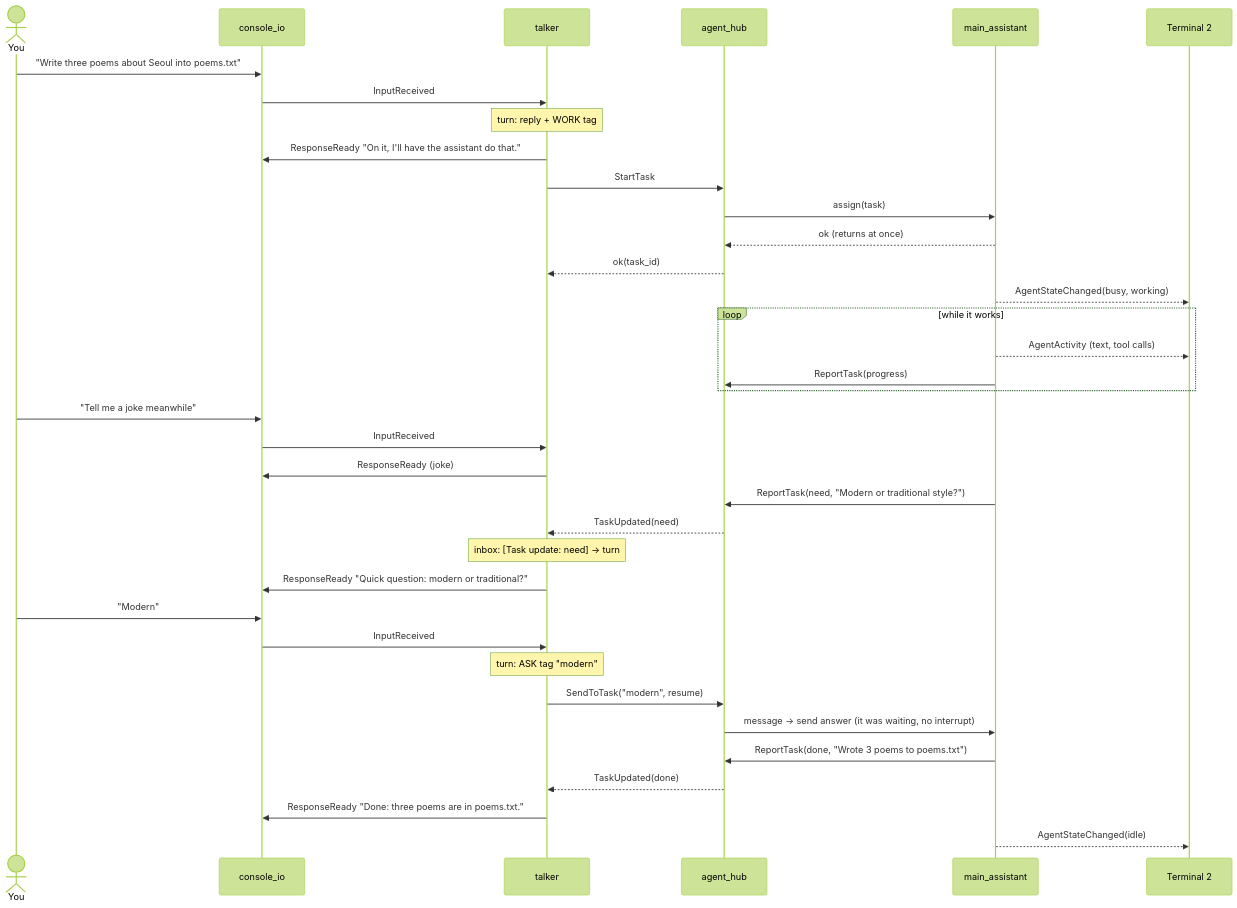
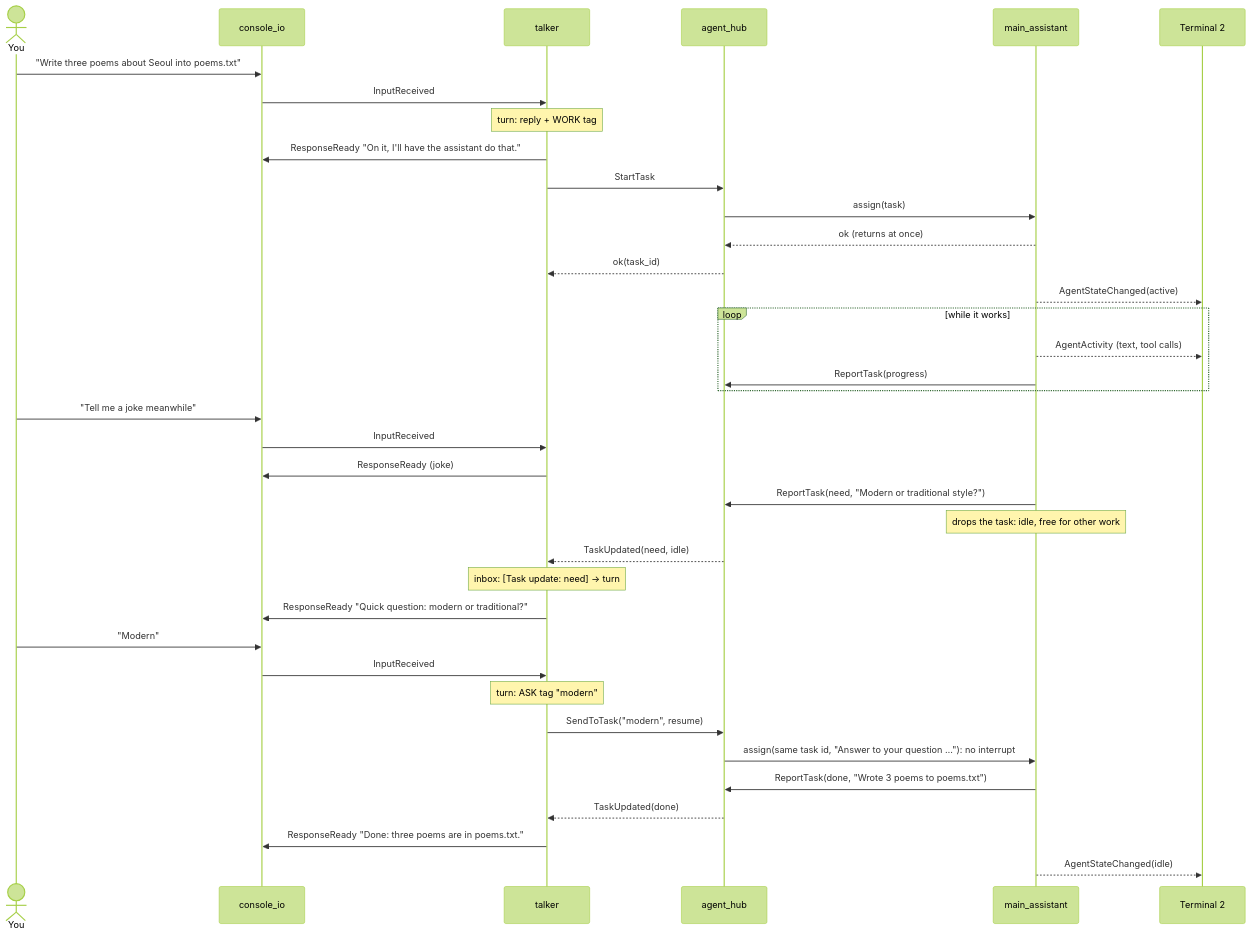
Before and after one commit to sharramon/AI_Assistant: diagram 11 of 11 in docs/agents/runtime.md, drawn with Mermaid (forest theme). The commit also changed other lines of this file and 45 other files, not shown here.

````diff
--- a/docs/agents/runtime.md
+++ b/docs/agents/runtime.md
@@ -478,39 +483,40 @@
 ```mermaid
 sequenceDiagram
     actor You
     participant C as console_io
     participant T as talker
     participant H as agent_hub
     participant M as main_assistant
     participant V as Terminal 2
 
     You->>C: "Write three poems about Seoul into poems.txt"
     C->>T: InputReceived
     Note over T: turn: reply + WORK tag
     T->>C: ResponseReady "On it, I'll have the assistant do that."
     T->>H: StartTask
     H->>M: assign(task)
     M-->>H: ok (returns at once)
     H-->>T: ok(task_id)
-    M-->>V: AgentStateChanged(busy, working)
+    M-->>V: AgentStateChanged(active)
     loop while it works
         M-->>V: AgentActivity (text, tool calls)
         M->>H: ReportTask(progress)
     end
     You->>C: "Tell me a joke meanwhile"
     C->>T: InputReceived
     T->>C: ResponseReady (joke)
     M->>H: ReportTask(need, "Modern or traditional style?")
-    H-->>T: TaskUpdated(need)
+    Note over M: drops the task: idle, free for other work
+    H-->>T: TaskUpdated(need, idle)
     Note over T: inbox: [Task update: need] → turn
     T->>C: ResponseReady "Quick question: modern or traditional?"
     You->>C: "Modern"
     C->>T: InputReceived
     Note over T: turn: ASK tag "modern"
     T->>H: SendToTask("modern", resume)
-    H->>M: message → send answer (it was waiting, no interrupt)
+    H->>M: assign(same task id, "Answer to your question …"): no interrupt
     M->>H: ReportTask(done, "Wrote 3 poems to poems.txt")
     H-->>T: TaskUpdated(done)
     T->>C: ResponseReady "Done: three poems are in poems.txt."
     M-->>V: AgentStateChanged(idle)
 ```
````
